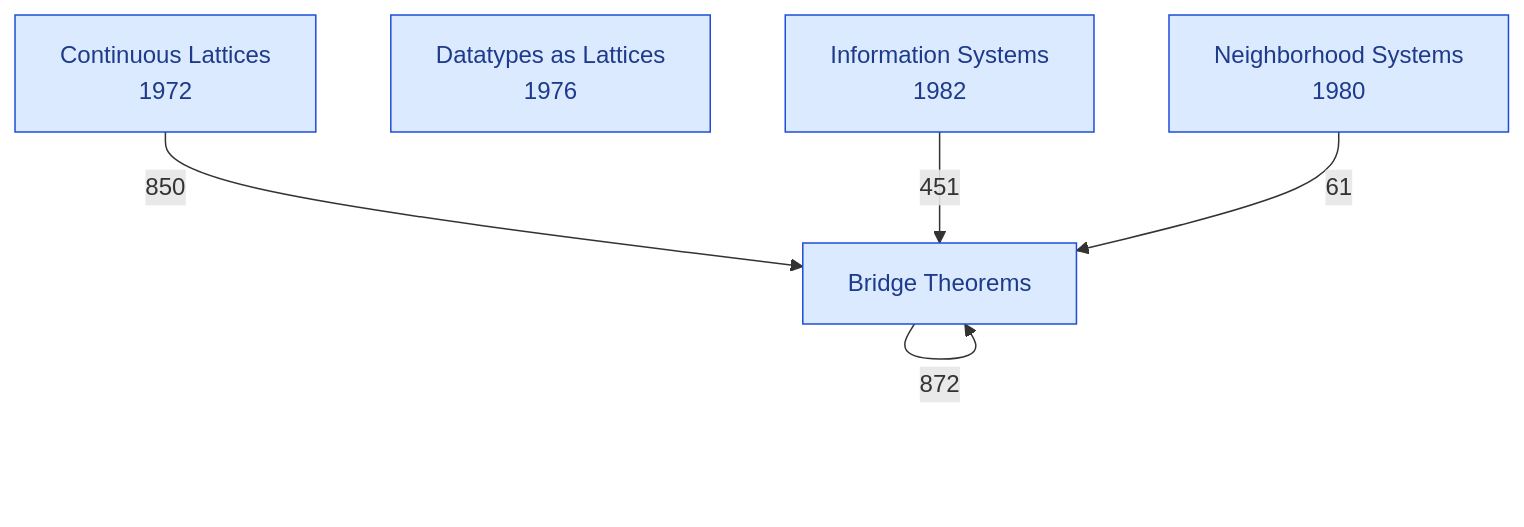
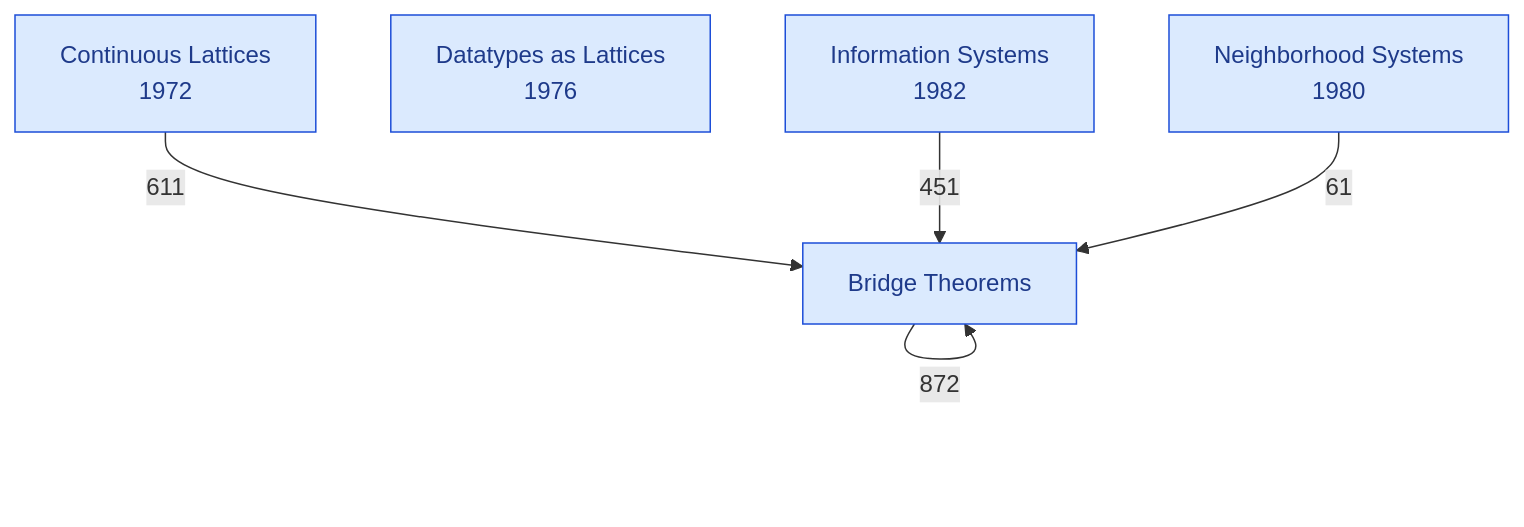
The diagram in DomainTheory.mermaid (catskillsresearch/DomainTheory), drawn with Mermaid before and after one commit. The commit also changed 29 other files, not shown here.

First line of the commit message:
Make the chapter PDF compile Scott's diagrams and revision marks.

```diff
--- a/DomainTheory.mermaid
+++ b/DomainTheory.mermaid
@@ -1,18 +1,18 @@
 %% Each box is one chapter on the top page.
 %% The arrowhead is on the chapter that imports. The number is a direct-import count.
 %% Datatypes as lattices and the references have no Lean imports across these chapters.
 flowchart TB
 
   BR["Bridge Theorems"]
   CL["Continuous Lattices\n1972"]
   DT["Datatypes as Lattices\n1976"]
   IS["Information Systems\n1982"]
   NS["Neighborhood Systems\n1980"]
 
   BR -->|"872"| BR
-  CL -->|"850"| BR
+  CL -->|"611"| BR
   IS -->|"451"| BR
   NS -->|"61"| BR
 
   classDef chapter fill:#dbeafe,stroke:#1d4ed8,color:#1e3a8a
   class CL,DT,NS,IS,BR chapter
```
